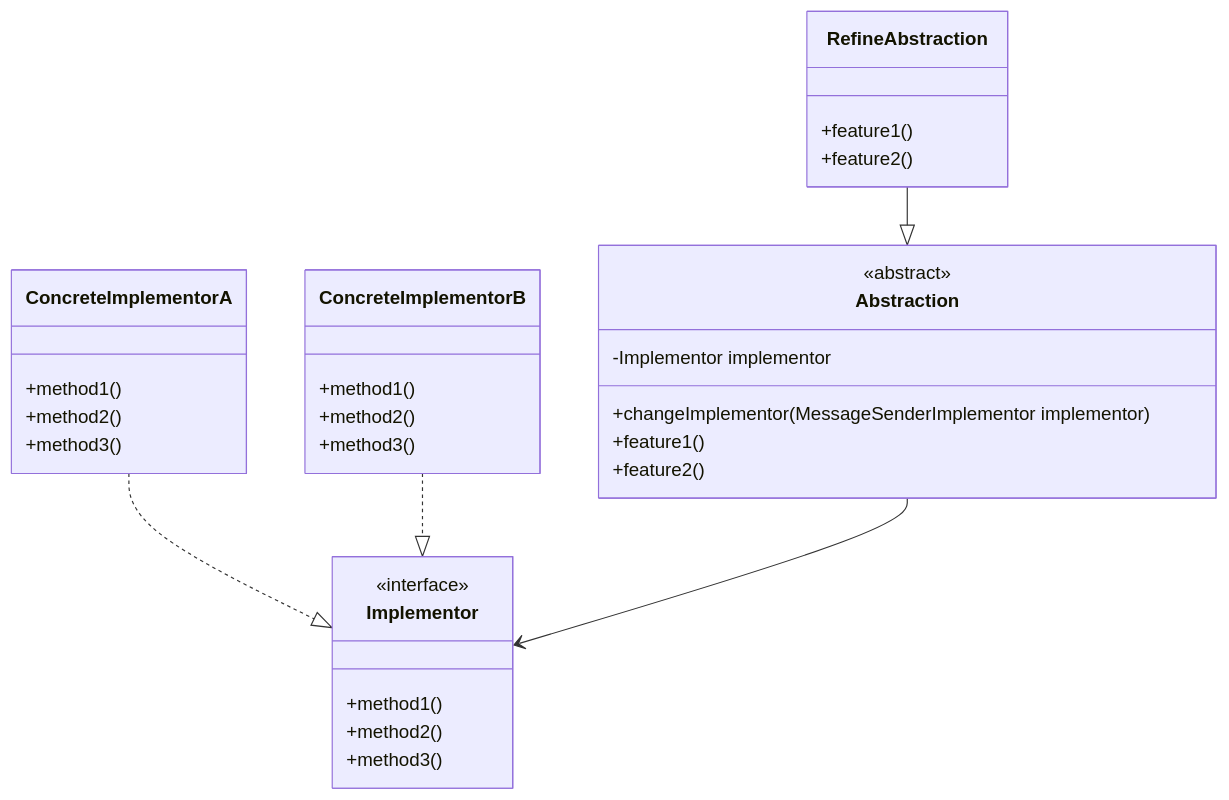
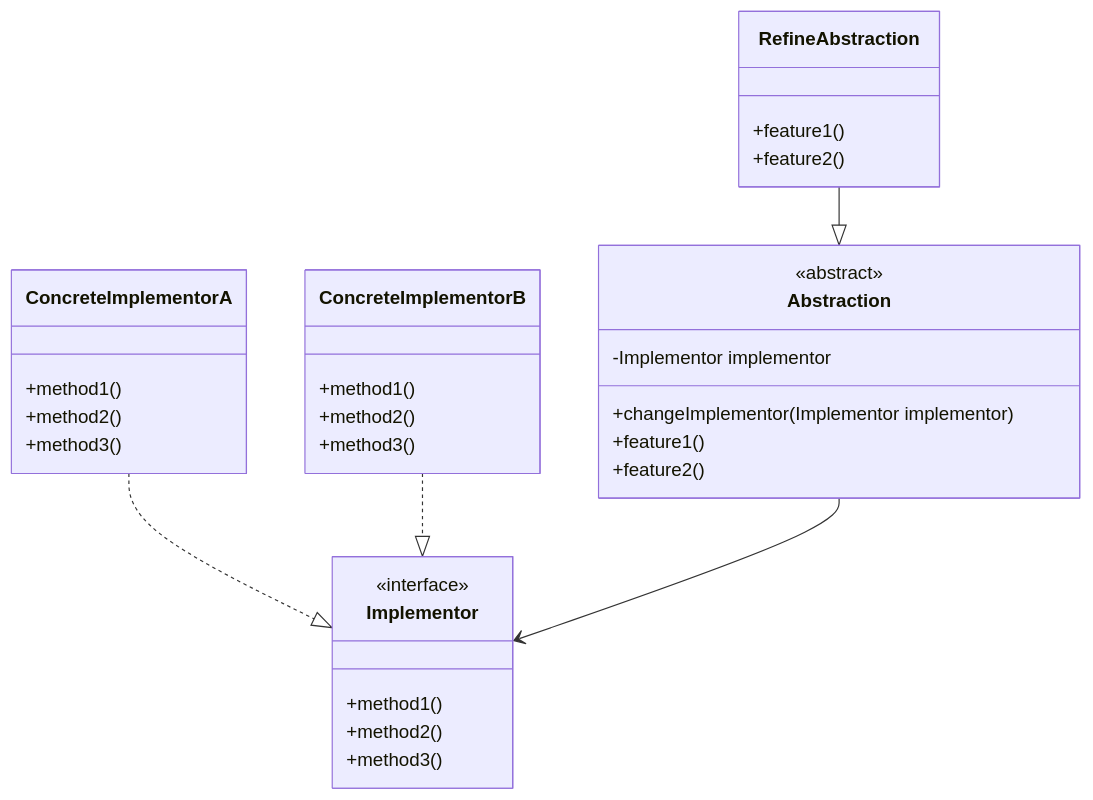
Before and after one commit to mr-alloc/alloc.io: the diagram in docs/software-design/bridge-pattern.md, drawn with Mermaid. The commit also changed other lines of this file and 17 other files, not shown here.

````diff
--- a/docs/software-design/bridge-pattern.md
+++ b/docs/software-design/bridge-pattern.md
@@ -28,34 +28,34 @@
 ```mermaid
 classDiagram
     class Abstraction {
         <<abstract>>
         -Implementor implementor
-        +changeImplementor(MessageSenderImplementor implementor)
+        +changeImplementor(Implementor implementor)
         +feature1()
         +feature2()
     }
     class RefineAbstraction {
         +feature1()
         +feature2()
     }
     class Implementor {
         <<interface>>
         +method1()
         +method2()
         +method3()
     }
     class ConcreteImplementorA {
         +method1()
         +method2()
         +method3()
     }
     class ConcreteImplementorB {
         +method1()
         +method2()
         +method3()
     }
     RefineAbstraction --|> Abstraction
     ConcreteImplementorA ..|> Implementor
     ConcreteImplementorB ..|> Implementor
     Abstraction --> Implementor
 ```
````
